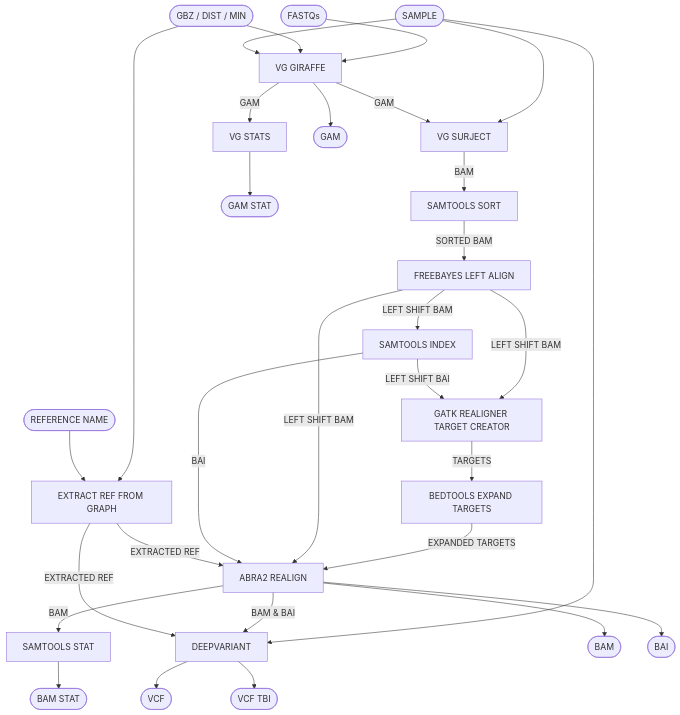
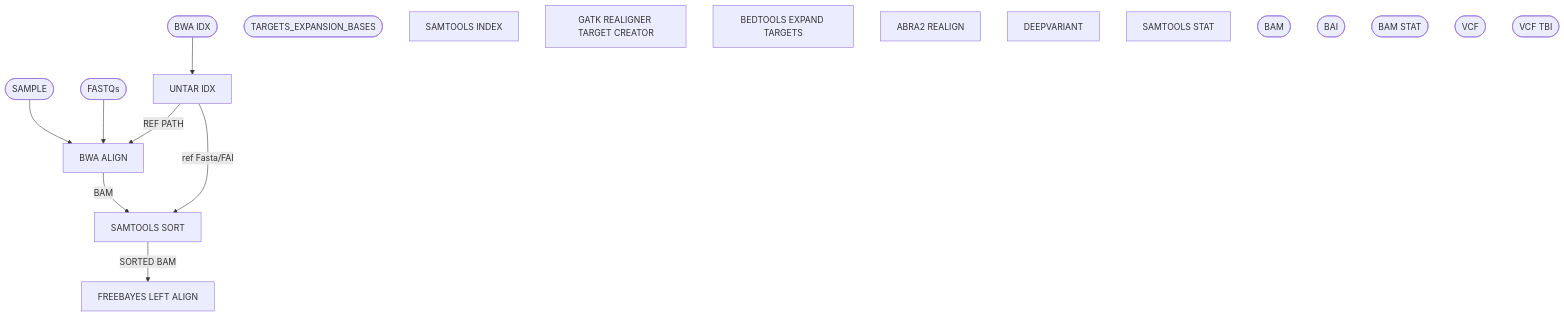
Before and after one commit to twlab/cig-pipelines: the diagram in wdl/pipelines/genome/wgs.doc.md, drawn with Mermaid. The commit also changed other lines of this file, not shown here.

````diff
--- a/wdl/pipelines/genome/wgs.doc.md
+++ b/wdl/pipelines/genome/wgs.doc.md
@@ -6,37 +6,31 @@
 ```mermaid
   flowchart TB;
-      i1([FASTQs]);
-      i2([GBZ / DIST / MIN]);
-      i3([SAMPLE])
-      i4([REFERENCE NAME])
+      i1([SAMPLE])
+      i2([FASTQs]);
+      i3([BWA IDX]);
+      i4([TARGETS_EXPANSION_BASES])
 
-      s1[VG GIRAFFE];
-      s2[VG STATS];
-      s3[EXTRACT REF FROM GRAPH];
-      s4[VG SURJECT];
-      s5[SAMTOOLS SORT];
-      s6[FREEBAYES LEFT ALIGN];
-      s7[SAMTOOLS INDEX];
-      s8[GATK REALIGNER TARGET CREATOR];
-      s9[BEDTOOLS EXPAND TARGETS];
-      s10[ABRA2 REALIGN];
-      s11[DEEPVARIANT];
-      s12[SAMTOOLS STAT];
+      s1[UNTAR IDX];
+      s2[BWA ALIGN];
+      s3[SAMTOOLS SORT];
+      s4[FREEBAYES LEFT ALIGN];
+      s5[SAMTOOLS INDEX];
+      s6[GATK REALIGNER TARGET CREATOR];
+      s7[BEDTOOLS EXPAND TARGETS];
+      s8[ABRA2 REALIGN];
+      s9[DEEPVARIANT];
+      s10[SAMTOOLS STAT];
 
-      o1([GAM])
-      o2([GAM STAT])
-      o3([BAM])
-      o4([BAI])
-      o5([BAM STAT])
-      o6([VCF])
-      o7([VCF TBI])
+      o1([BAM])
+      o2([BAI])
+      o3([BAM STAT])
+      o4([VCF])
+      o5([VCF TBI])
 
-      i1-->s1; i2-->s1; i3-->s1; i3-->s4; i3-->s11;
-      s1--GAM-->s2;
-      s1--GAM-->s4--BAM-->s5--SORTED BAM-->s6--LEFT SHIFT BAM-->s8--TARGETS-->s9--EXPANDED TARGETS-->s10--BAM & BAI-->s11;
-      s6--LEFT SHIFT BAM-->s10;
-      s6--LEFT SHIFT BAM-->s7--BAI-->s10; s7--LEFT SHIFT BAI-->s8;
-      s10--BAM-->s12;
-      i2-->s3; i4-->s3; s3--EXTRACTED REF-->s10; s3--EXTRACTED REF-->s11;
-      s1-->o1; s2-->o2; s10-->o3; s10-->o4; s12-->o5; s11-->o6; s11-->o7;
+    
+      i3-->s1;
+      s1--REF PATH-->s2; i1-->s2; i2-->s2;
+      s2--BAM-->s3;
+      s3--SORTED BAM-->s4; s1--ref Fasta/FAI-->s3;
+      
 ```
````
